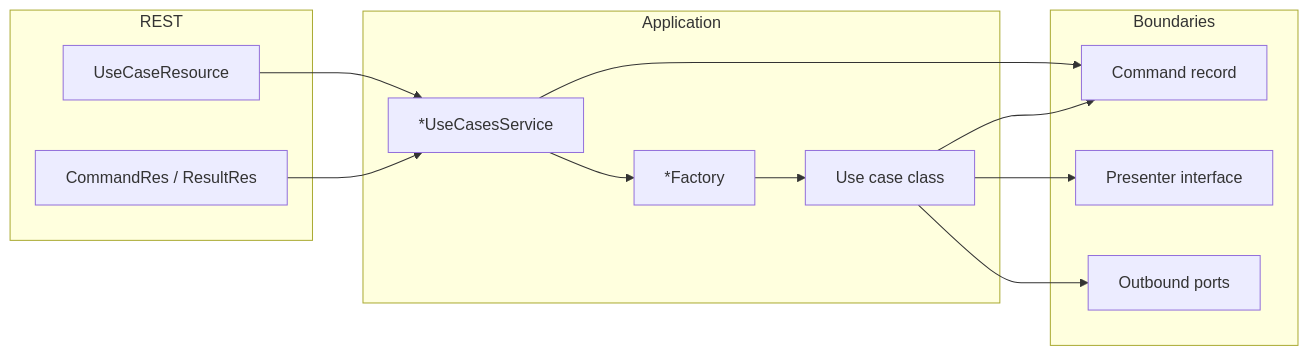
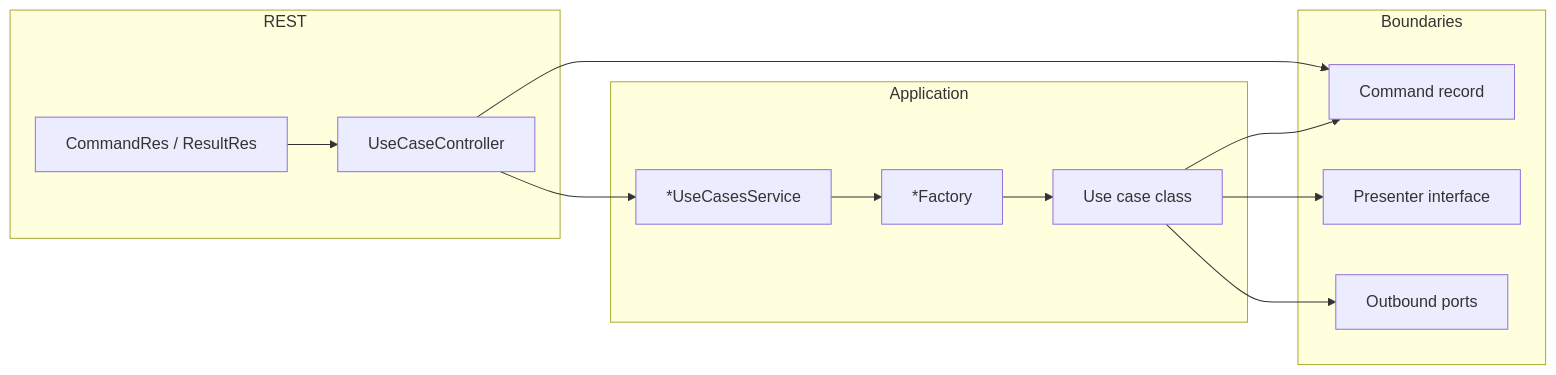
The diagram in spdd/norms/USE_CASE_IMPLEMENTATION.md (opendatamesh-initiative/odm-platform-adapter-devops-executor-gitlab), drawn with Mermaid before and after one commit. The commit also changed other lines of this file and 17 other files, not shown here.

````diff
--- a/spdd/norms/USE_CASE_IMPLEMENTATION.md
+++ b/spdd/norms/USE_CASE_IMPLEMENTATION.md
@@ -23,25 +24,25 @@
 ```mermaid
 flowchart LR
   subgraph rest [REST]
-    C[UseCaseResource]
+    C[UseCaseController]
     DTO[CommandRes / ResultRes]
   end
   subgraph app [Application]
     UCS[*UseCasesService]
     F[*Factory]
     UC[Use case class]
   end
   subgraph boundaries [Boundaries]
     Cmd[Command record]
     Pres[Presenter interface]
     P[Outbound ports]
   end
+  DTO --> C
+  C --> Cmd
   C --> UCS
-  DTO --> UCS
-  UCS --> Cmd
   UCS --> F
   F --> UC
   UC --> Cmd
   UC --> Pres
   UC --> P
 ```
````
